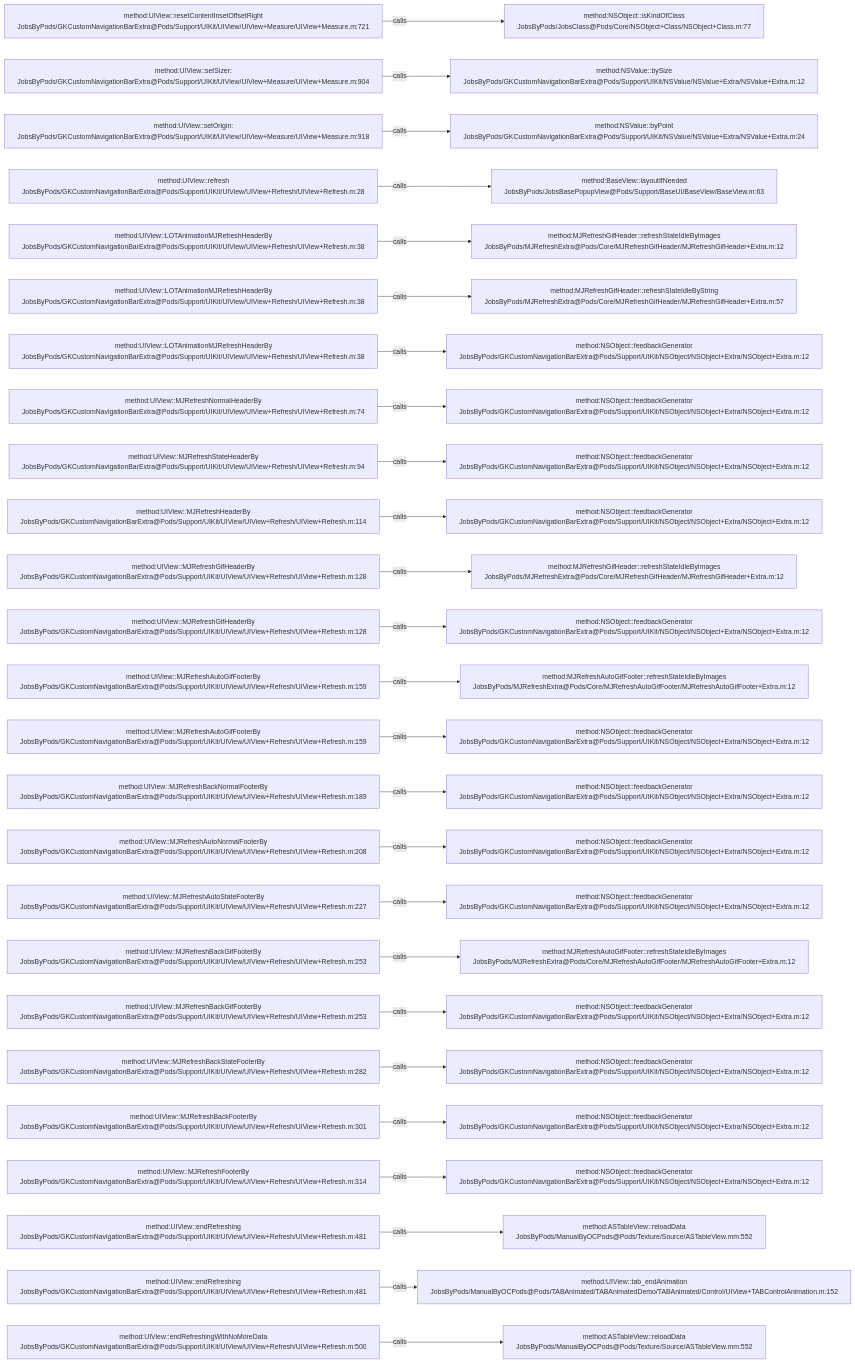
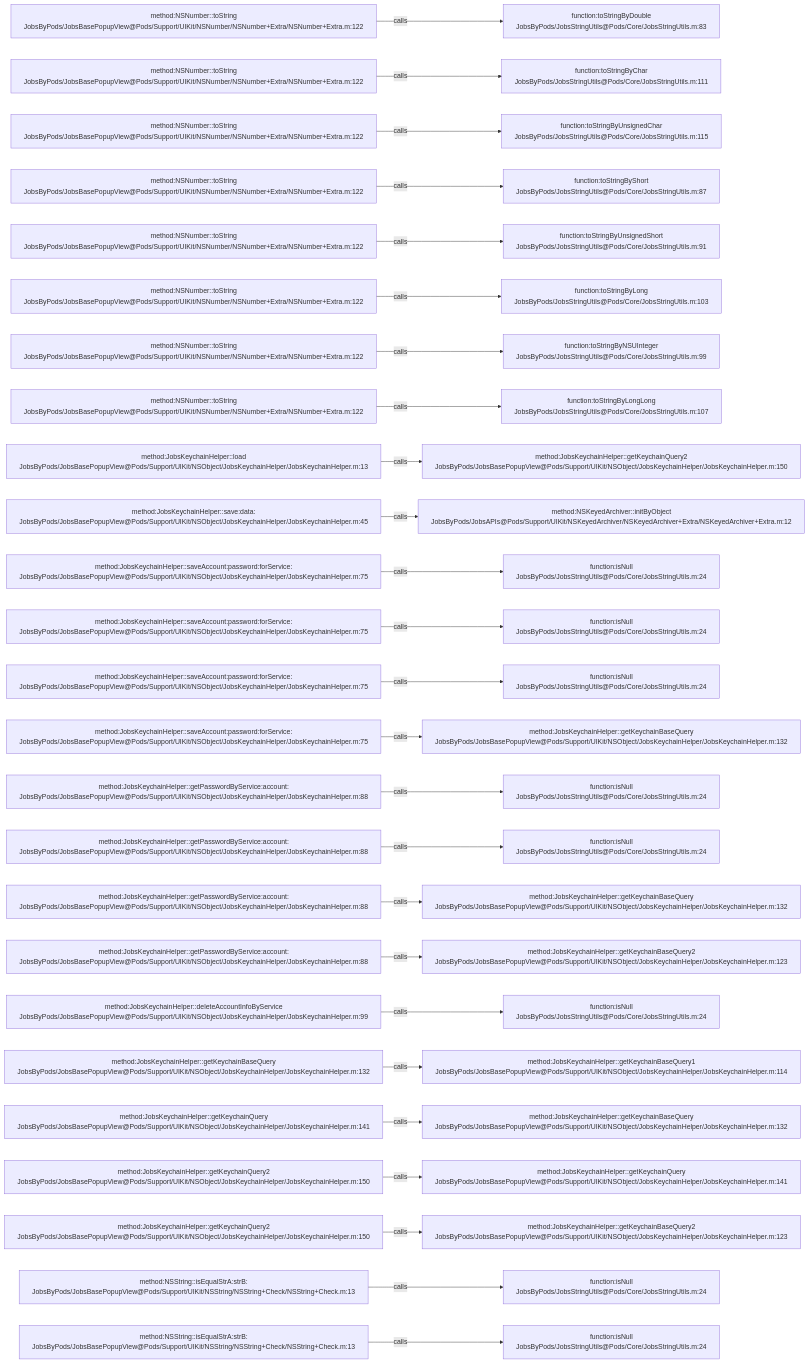
One commit to JobsKits/JobsOCBaseConfigDemo changed the diagram in .codegraph/codegraph.md/graphs/calls-010.md. Above: the diagram before and after it, drawn with Mermaid. The commit also changed 573 other files, not shown here.

````diff
--- a/.codegraph/codegraph.md/graphs/calls-010.md
+++ b/.codegraph/codegraph.md/graphs/calls-010.md
@@ -13,78 +13,78 @@
 ```mermaid
 flowchart LR
-  S1["method:UIView::resetContentInsetOffsetRight<br/>JobsByPods/GKCustomNavigationBarExtra@Pods/Support/UIKit/UIView/UIView+Measure/UIView+Measure.m:721"]
-  T1["method:NSObject::isKindOfClass<br/>JobsByPods/JobsClass@Pods/Core/NSObject+Class/NSObject+Class.m:77"]
+  S1["method:NSNumber::toString<br/>JobsByPods/JobsBasePopupView@Pods/Support/UIKit/NSNumber/NSNumber+Extra/NSNumber+Extra.m:122"]
+  T1["function:toStringByDouble<br/>JobsByPods/JobsStringUtils@Pods/Core/JobsStringUtils.m:83"]
   S1 -->|calls| T1
-  S2["method:UIView::setSizer:<br/>JobsByPods/GKCustomNavigationBarExtra@Pods/Support/UIKit/UIView/UIView+Measure/UIView+Measure.m:904"]
-  T2["method:NSValue::bySize<br/>JobsByPods/GKCustomNavigationBarExtra@Pods/Support/UIKit/NSValue/NSValue+Extra/NSValue+Extra.m:12"]
+  S2["method:NSNumber::toString<br/>JobsByPods/JobsBasePopupView@Pods/Support/UIKit/NSNumber/NSNumber+Extra/NSNumber+Extra.m:122"]
+  T2["function:toStringByChar<br/>JobsByPods/JobsStringUtils@Pods/Core/JobsStringUtils.m:111"]
   S2 -->|calls| T2
-  S3["method:UIView::setOrigin:<br/>JobsByPods/GKCustomNavigationBarExtra@Pods/Support/UIKit/UIView/UIView+Measure/UIView+Measure.m:918"]
-  T3["method:NSValue::byPoint<br/>JobsByPods/GKCustomNavigationBarExtra@Pods/Support/UIKit/NSValue/NSValue+Extra/NSValue+Extra.m:24"]
+  S3["method:NSNumber::toString<br/>JobsByPods/JobsBasePopupView@Pods/Support/UIKit/NSNumber/NSNumber+Extra/NSNumber+Extra.m:122"]
+  T3["function:toStringByUnsignedChar<br/>JobsByPods/JobsStringUtils@Pods/Core/JobsStringUtils.m:115"]
   S3 -->|calls| T3
-  S4["method:UIView::refresh<br/>JobsByPods/GKCustomNavigationBarExtra@Pods/Support/UIKit/UIView/UIView+Refresh/UIView+Refresh.m:28"]
-  T4["method:BaseView::layoutIfNeeded<br/>JobsByPods/JobsBasePopupView@Pods/Support/BaseUI/BaseView/BaseView.m:63"]
+  S4["method:NSNumber::toString<br/>JobsByPods/JobsBasePopupView@Pods/Support/UIKit/NSNumber/NSNumber+Extra/NSNumber+Extra.m:122"]
+  T4["function:toStringByShort<br/>JobsByPods/JobsStringUtils@Pods/Core/JobsStringUtils.m:87"]
   S4 -->|calls| T4
-  S5["method:UIView::LOTAnimationMJRefreshHeaderBy<br/>JobsByPods/GKCustomNavigationBarExtra@Pods/Support/UIKit/UIView/UIView+Refresh/UIView+Refresh.m:38"]
-  T5["method:MJRefreshGifHeader::refreshStateIdleByImages<br/>JobsByPods/MJRefreshExtra@Pods/Core/MJRefreshGifHeader/MJRefreshGifHeader+Extra.m:12"]
+  S5["method:NSNumber::toString<br/>JobsByPods/JobsBasePopupView@Pods/Support/UIKit/NSNumber/NSNumber+Extra/NSNumber+Extra.m:122"]
+  T5["function:toStringByUnsignedShort<br/>JobsByPods/JobsStringUtils@Pods/Core/JobsStringUtils.m:91"]
   S5 -->|calls| T5
-  S6["method:UIView::LOTAnimationMJRefreshHeaderBy<br/>JobsByPods/GKCustomNavigationBarExtra@Pods/Support/UIKit/UIView/UIView+Refresh/UIView+Refresh.m:38"]
-  T6["method:MJRefreshGifHeader::refreshStateIdleByString<br/>JobsByPods/MJRefreshExtra@Pods/Core/MJRefreshGifHeader/MJRefreshGifHeader+Extra.m:57"]
+  S6["method:NSNumber::toString<br/>JobsByPods/JobsBasePopupView@Pods/Support/UIKit/NSNumber/NSNumber+Extra/NSNumber+Extra.m:122"]
+  T6["function:toStringByLong<br/>JobsByPods/JobsStringUtils@Pods/Core/JobsStringUtils.m:103"]
   S6 -->|calls| T6
-  S7["method:UIView::LOTAnimationMJRefreshHeaderBy<br/>JobsByPods/GKCustomNavigationBarExtra@Pods/Support/UIKit/UIView/UIView+Refresh/UIView+Refresh.m:38"]
-  T7["method:NSObject::feedbackGenerator<br/>JobsByPods/GKCustomNavigationBarExtra@Pods/Support/UIKit/NSObject/NSObject+Extra/NSObject+Extra.m:12"]
+  S7["method:NSNumber::toString<br/>JobsByPods/JobsBasePopupView@Pods/Support/UIKit/NSNumber/NSNumber+Extra/NSNumber+Extra.m:122"]
+  T7["function:toStringByNSUInteger<br/>JobsByPods/JobsStringUtils@Pods/Core/JobsStringUtils.m:99"]
   S7 -->|calls| T7
-  S8["method:UIView::MJRefreshNormalHeaderBy<br/>JobsByPods/GKCustomNavigationBarExtra@Pods/Support/UIKit/UIView/UIView+Refresh/UIView+Refresh.m:74"]
-  T8["method:NSObject::feedbackGenerator<br/>JobsByPods/GKCustomNavigationBarExtra@Pods/Support/UIKit/NSObject/NSObject+Extra/NSObject+Extra.m:12"]
+  S8["method:NSNumber::toString<br/>JobsByPods/JobsBasePopupView@Pods/Support/UIKit/NSNumber/NSNumber+Extra/NSNumber+Extra.m:122"]
+  T8["function:toStringByLongLong<br/>JobsByPods/JobsStringUtils@Pods/Core/JobsStringUtils.m:107"]
   S8 -->|calls| T8
-  S9["method:UIView::MJRefreshStateHeaderBy<br/>JobsByPods/GKCustomNavigationBarExtra@Pods/Support/UIKit/UIView/UIView+Refresh/UIView+Refresh.m:94"]
-  T9["method:NSObject::feedbackGenerator<br/>JobsByPods/GKCustomNavigationBarExtra@Pods/Support/UIKit/NSObject/NSObject+Extra/NSObject+Extra.m:12"]
+  S9["method:JobsKeychainHelper::load<br/>JobsByPods/JobsBasePopupView@Pods/Support/UIKit/NSObject/JobsKeychainHelper/JobsKeychainHelper.m:13"]
+  T9["method:JobsKeychainHelper::getKeychainQuery2<br/>JobsByPods/JobsBasePopupView@Pods/Support/UIKit/NSObject/JobsKeychainHelper/JobsKeychainHelper.m:150"]
   S9 -->|calls| T9
-  S10["method:UIView::MJRefreshHeaderBy<br/>JobsByPods/GKCustomNavigationBarExtra@Pods/Support/UIKit/UIView/UIView+Refresh/UIView+Refresh.m:114"]
-  T10["method:NSObject::feedbackGenerator<br/>JobsByPods/GKCustomNavigationBarExtra@Pods/Support/UIKit/NSObject/NSObject+Extra/NSObject+Extra.m:12"]
+  S10["method:JobsKeychainHelper::save:data:<br/>JobsByPods/JobsBasePopupView@Pods/Support/UIKit/NSObject/JobsKeychainHelper/JobsKeychainHelper.m:45"]
+  T10["method:NSKeyedArchiver::initByObject<br/>JobsByPods/JobsAPIs@Pods/Support/UIKit/NSKeyedArchiver/NSKeyedArchiver+Extra/NSKeyedArchiver+Extra.m:12"]
   S10 -->|calls| T10
-  S11["method:UIView::MJRefreshGifHeaderBy<br/>JobsByPods/GKCustomNavigationBarExtra@Pods/Support/UIKit/UIView/UIView+Refresh/UIView+Refresh.m:128"]
-  T11["method:MJRefreshGifHeader::refreshStateIdleByImages<br/>JobsByPods/MJRefreshExtra@Pods/Core/MJRefreshGifHeader/MJRefreshGifHeader+Extra.m:12"]
+  S11["method:JobsKeychainHelper::saveAccount:password:forService:<br/>JobsByPods/JobsBasePopupView@Pods/Support/UIKit/NSObject/JobsKeychainHelper/JobsKeychainHelper.m:75"]
+  T11["function:isNull<br/>JobsByPods/JobsStringUtils@Pods/Core/JobsStringUtils.m:24"]
   S11 -->|calls| T11
-  S12["method:UIView::MJRefreshGifHeaderBy<br/>JobsByPods/GKCustomNavigationBarExtra@Pods/Support/UIKit/UIView/UIView+Refresh/UIView+Refresh.m:128"]
-  T12["method:NSObject::feedbackGenerator<br/>JobsByPods/GKCustomNavigationBarExtra@Pods/Support/UIKit/NSObject/NSObject+Extra/NSObject+Extra.m:12"]
+  S12["method:JobsKeychainHelper::saveAccount:password:forService:<br/>JobsByPods/JobsBasePopupView@Pods/Support/UIKit/NSObject/JobsKeychainHelper/JobsKeychainHelper.m:75"]
+  T12["function:isNull<br/>JobsByPods/JobsStringUtils@Pods/Core/JobsStringUtils.m:24"]
   S12 -->|calls| T12
-  S13["method:UIView::MJRefreshAutoGifFooterBy<br/>JobsByPods/GKCustomNavigationBarExtra@Pods/Support/UIKit/UIView/UIView+Refresh/UIView+Refresh.m:159"]
-  T13["method:MJRefreshAutoGifFooter::refreshStateIdleByImages<br/>JobsByPods/MJRefreshExtra@Pods/Core/MJRefreshAutoGifFooter/MJRefreshAutoGifFooter+Extra.m:12"]
+  S13["method:JobsKeychainHelper::saveAccount:password:forService:<br/>JobsByPods/JobsBasePopupView@Pods/Support/UIKit/NSObject/JobsKeychainHelper/JobsKeychainHelper.m:75"]
+  T13["function:isNull<br/>JobsByPods/JobsStringUtils@Pods/Core/JobsStringUtils.m:24"]
   S13 -->|calls| T13
-  S14["method:UIView::MJRefreshAutoGifFooterBy<br/>JobsByPods/GKCustomNavigationBarExtra@Pods/Support/UIKit/UIView/UIView+Refresh/UIView+Refresh.m:159"]
-  T14["method:NSObject::feedbackGenerator<br/>JobsByPods/GKCustomNavigationBarExtra@Pods/Support/UIKit/NSObject/NSObject+Extra/NSObject+Extra.m:12"]
+  S14["method:JobsKeychainHelper::saveAccount:password:forService:<br/>JobsByPods/JobsBasePopupView@Pods/Support/UIKit/NSObject/JobsKeychainHelper/JobsKeychainHelper.m:75"]
+  T14["method:JobsKeychainHelper::getKeychainBaseQuery<br/>JobsByPods/JobsBasePopupView@Pods/Support/UIKit/NSObject/JobsKeychainHelper/JobsKeychainHelper.m:132"]
   S14 -->|calls| T14
-  S15["method:UIView::MJRefreshBackNormalFooterBy<br/>JobsByPods/GKCustomNavigationBarExtra@Pods/Support/UIKit/UIView/UIView+Refresh/UIView+Refresh.m:189"]
-  T15["method:NSObject::feedbackGenerator<br/>JobsByPods/GKCustomNavigationBarExtra@Pods/Support/UIKit/NSObject/NSObject+Extra/NSObject+Extra.m:12"]
+  S15["method:JobsKeychainHelper::getPasswordByService:account:<br/>JobsByPods/JobsBasePopupView@Pods/Support/UIKit/NSObject/JobsKeychainHelper/JobsKeychainHelper.m:88"]
+  T15["function:isNull<br/>JobsByPods/JobsStringUtils@Pods/Core/JobsStringUtils.m:24"]
   S15 -->|calls| T15
-  S16["method:UIView::MJRefreshAutoNormalFooterBy<br/>JobsByPods/GKCustomNavigationBarExtra@Pods/Support/UIKit/UIView/UIView+Refresh/UIView+Refresh.m:208"]
-  T16["method:NSObject::feedbackGenerator<br/>JobsByPods/GKCustomNavigationBarExtra@Pods/Support/UIKit/NSObject/NSObject+Extra/NSObject+Extra.m:12"]
+  S16["method:JobsKeychainHelper::getPasswordByService:account:<br/>JobsByPods/JobsBasePopupView@Pods/Support/UIKit/NSObject/JobsKeychainHelper/JobsKeychainHelper.m:88"]
+  T16["function:isNull<br/>JobsByPods/JobsStringUtils@Pods/Core/JobsStringUtils.m:24"]
   S16 -->|calls| T16
-  S17["method:UIView::MJRefreshAutoStateFooterBy<br/>JobsByPods/GKCustomNavigationBarExtra@Pods/Support/UIKit/UIView/UIView+Refresh/UIView+Refresh.m:227"]
-  T17["method:NSObject::feedbackGenerator<br/>JobsByPods/GKCustomNavigationBarExtra@Pods/Support/UIKit/NSObject/NSObject+Extra/NSObject+Extra.m:12"]
+  S17["method:JobsKeychainHelper::getPasswordByService:account:<br/>JobsByPods/JobsBasePopupView@Pods/Support/UIKit/NSObject/JobsKeychainHelper/JobsKeychainHelper.m:88"]
+  T17["method:JobsKeychainHelper::getKeychainBaseQuery<br/>JobsByPods/JobsBasePopupView@Pods/Support/UIKit/NSObject/JobsKeychainHelper/JobsKeychainHelper.m:132"]
   S17 -->|calls| T17
-  S18["method:UIView::MJRefreshBackGifFooterBy<br/>JobsByPods/GKCustomNavigationBarExtra@Pods/Support/UIKit/UIView/UIView+Refresh/UIView+Refresh.m:253"]
-  T18["method:MJRefreshAutoGifFooter::refreshStateIdleByImages<br/>JobsByPods/MJRefreshExtra@Pods/Core/MJRefreshAutoGifFooter/MJRefreshAutoGifFooter+Extra.m:12"]
+  S18["method:JobsKeychainHelper::getPasswordByService:account:<br/>JobsByPods/JobsBasePopupView@Pods/Support/UIKit/NSObject/JobsKeychainHelper/JobsKeychainHelper.m:88"]
+  T18["method:JobsKeychainHelper::getKeychainBaseQuery2<br/>JobsByPods/JobsBasePopupView@Pods/Support/UIKit/NSObject/JobsKeychainHelper/JobsKeychainHelper.m:123"]
   S18 -->|calls| T18
-  S19["method:UIView::MJRefreshBackGifFooterBy<br/>JobsByPods/GKCustomNavigationBarExtra@Pods/Support/UIKit/UIView/UIView+Refresh/UIView+Refresh.m:253"]
-  T19["method:NSObject::feedbackGenerator<br/>JobsByPods/GKCustomNavigationBarExtra@Pods/Support/UIKit/NSObject/NSObject+Extra/NSObject+Extra.m:12"]
+  S19["method:JobsKeychainHelper::deleteAccountInfoByService<br/>JobsByPods/JobsBasePopupView@Pods/Support/UIKit/NSObject/JobsKeychainHelper/JobsKeychainHelper.m:99"]
+  T19["function:isNull<br/>JobsByPods/JobsStringUtils@Pods/Core/JobsStringUtils.m:24"]
   S19 -->|calls| T19
-  S20["method:UIView::MJRefreshBackStateFooterBy<br/>JobsByPods/GKCustomNavigationBarExtra@Pods/Support/UIKit/UIView/UIView+Refresh/UIView+Refresh.m:282"]
-  T20["method:NSObject::feedbackGenerator<br/>JobsByPods/GKCustomNavigationBarExtra@Pods/Support/UIKit/NSObject/NSObject+Extra/NSObject+Extra.m:12"]
+  S20["method:JobsKeychainHelper::getKeychainBaseQuery<br/>JobsByPods/JobsBasePopupView@Pods/Support/UIKit/NSObject/JobsKeychainHelper/JobsKeychainHelper.m:132"]
+  T20["method:JobsKeychainHelper::getKeychainBaseQuery1<br/>JobsByPods/JobsBasePopupView@Pods/Support/UIKit/NSObject/JobsKeychainHelper/JobsKeychainHelper.m:114"]
   S20 -->|calls| T20
-  S21["method:UIView::MJRefreshBackFooterBy<br/>JobsByPods/GKCustomNavigationBarExtra@Pods/Support/UIKit/UIView/UIView+Refresh/UIView+Refresh.m:301"]
-  T21["method:NSObject::feedbackGenerator<br/>JobsByPods/GKCustomNavigationBarExtra@Pods/Support/UIKit/NSObject/NSObject+Extra/NSObject+Extra.m:12"]
+  S21["method:JobsKeychainHelper::getKeychainQuery<br/>JobsByPods/JobsBasePopupView@Pods/Support/UIKit/NSObject/JobsKeychainHelper/JobsKeychainHelper.m:141"]
+  T21["method:JobsKeychainHelper::getKeychainBaseQuery<br/>JobsByPods/JobsBasePopupView@Pods/Support/UIKit/NSObject/JobsKeychainHelper/JobsKeychainHelper.m:132"]
   S21 -->|calls| T21
-  S22["method:UIView::MJRefreshFooterBy<br/>JobsByPods/GKCustomNavigationBarExtra@Pods/Support/UIKit/UIView/UIView+Refresh/UIView+Refresh.m:314"]
-  T22["method:NSObject::feedbackGenerator<br/>JobsByPods/GKCustomNavigationBarExtra@Pods/Support/UIKit/NSObject/NSObject+Extra/NSObject+Extra.m:12"]
+  S22["method:JobsKeychainHelper::getKeychainQuery2<br/>JobsByPods/JobsBasePopupView@Pods/Support/UIKit/NSObject/JobsKeychainHelper/JobsKeychainHelper.m:150"]
+  T22["method:JobsKeychainHelper::getKeychainQuery<br/>JobsByPods/JobsBasePopupView@Pods/Support/UIKit/NSObject/JobsKeychainHelper/JobsKeychainHelper.m:141"]
   S22 -->|calls| T22
-  S23["method:UIView::endRefreshing<br/>JobsByPods/GKCustomNavigationBarExtra@Pods/Support/UIKit/UIView/UIView+Refresh/UIView+Refresh.m:481"]
-  T23["method:ASTableView::reloadData<br/>JobsByPods/ManualByOCPods@Pods/Texture/Source/ASTableView.mm:552"]
+  S23["method:JobsKeychainHelper::getKeychainQuery2<br/>JobsByPods/JobsBasePopupView@Pods/Support/UIKit/NSObject/JobsKeychainHelper/JobsKeychainHelper.m:150"]
+  T23["method:JobsKeychainHelper::getKeychainBaseQuery2<br/>JobsByPods/JobsBasePopupView@Pods/Support/UIKit/NSObject/JobsKeychainHelper/JobsKeychainHelper.m:123"]
   S23 -->|calls| T23
-  S24["method:UIView::endRefreshing<br/>JobsByPods/GKCustomNavigationBarExtra@Pods/Support/UIKit/UIView/UIView+Refresh/UIView+Refresh.m:481"]
-  T24["method:UIView::tab_endAnimation<br/>JobsByPods/ManualByOCPods@Pods/TABAnimated/TABAnimatedDemo/TABAnimated/Control/UIView+TABControlAnimation.m:152"]
+  S24["method:NSString::isEqualStrA:strB:<br/>JobsByPods/JobsBasePopupView@Pods/Support/UIKit/NSString/NSString+Check/NSString+Check.m:13"]
+  T24["function:isNull<br/>JobsByPods/JobsStringUtils@Pods/Core/JobsStringUtils.m:24"]
   S24 -->|calls| T24
-  S25["method:UIView::endRefreshingWithNoMoreData<br/>JobsByPods/GKCustomNavigationBarExtra@Pods/Support/UIKit/UIView/UIView+Refresh/UIView+Refresh.m:500"]
-  T25["method:ASTableView::reloadData<br/>JobsByPods/ManualByOCPods@Pods/Texture/Source/ASTableView.mm:552"]
+  S25["method:NSString::isEqualStrA:strB:<br/>JobsByPods/JobsBasePopupView@Pods/Support/UIKit/NSString/NSString+Check/NSString+Check.m:13"]
+  T25["function:isNull<br/>JobsByPods/JobsStringUtils@Pods/Core/JobsStringUtils.m:24"]
   S25 -->|calls| T25
 ```
````
